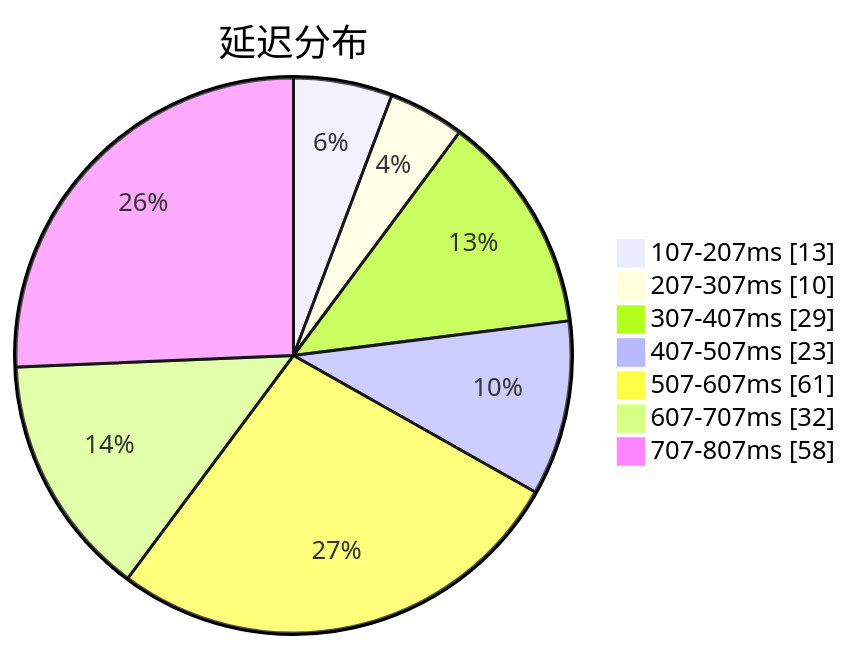
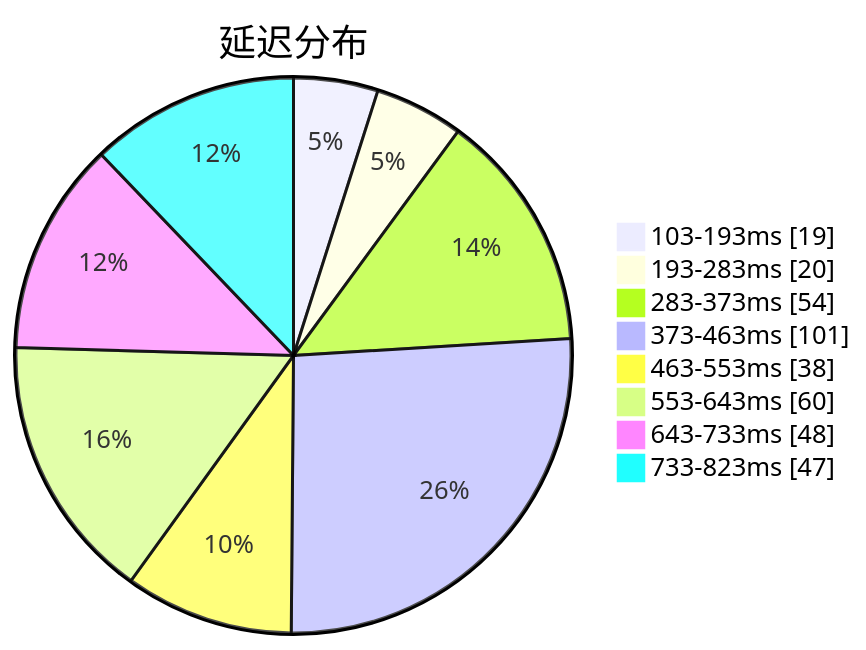
Before and after one commit to sinspired/airport: the first of 3 diagrams in subs/statistics/tested_within.md, drawn with Mermaid. The commit also changed other lines of this file and 2 other files, not shown here.

````diff
--- a/subs/statistics/tested_within.md
+++ b/subs/statistics/tested_within.md
@@ -2,11 +2,12 @@
 ```mermaid
 pie showData
 title 延迟分布
-"107-207ms" : 13
-"207-307ms" : 10
-"307-407ms" : 29
-"407-507ms" : 23
-"507-607ms" : 61
-"607-707ms" : 32
-"707-807ms" : 58
+"103-193ms" : 19
+"193-283ms" : 20
+"283-373ms" : 54
+"373-463ms" : 101
+"463-553ms" : 38
+"553-643ms" : 60
+"643-733ms" : 48
+"733-823ms" : 47
 ```
````
